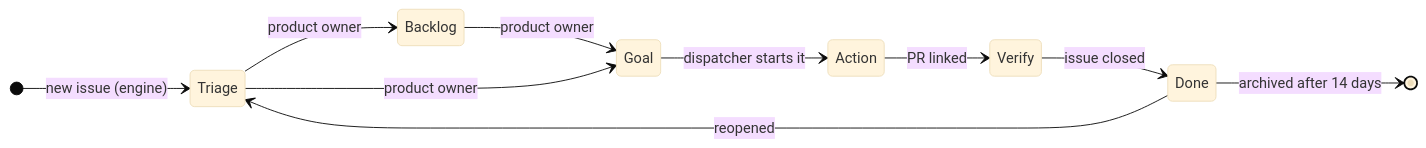
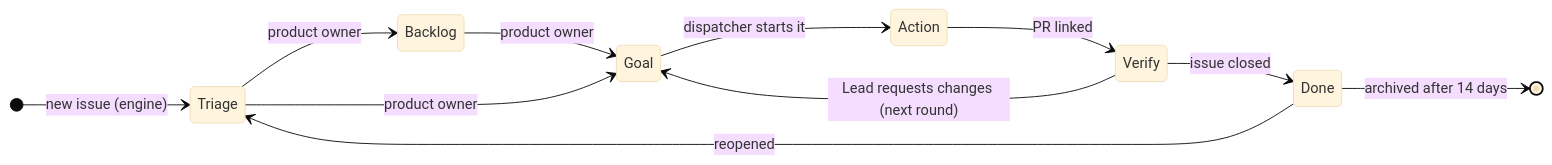
The second of 2 diagrams in PROCESS.md (StefanOOEOrg/.github), drawn with Mermaid (base theme) before and after one commit. The commit also changed other lines of this file and 17 other files, not shown here.

````diff
--- a/PROCESS.md
+++ b/PROCESS.md
@@ -127,13 +127,14 @@
 ```mermaid
 stateDiagram-v2
   direction LR
   [*] --> Triage: new issue (engine)
   Triage --> Backlog: product owner
   Backlog --> Goal: product owner
   Triage --> Goal: product owner
   Goal --> Action: dispatcher starts it
   Action --> Verify: PR linked
+  Verify --> Goal: Lead requests changes (next round)
   Verify --> Done: issue closed
   Done --> Triage: reopened
   Done --> [*]: archived after 14 days
 ```
````
